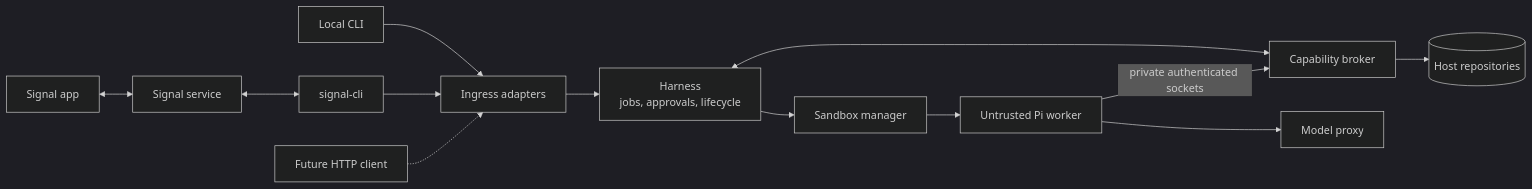
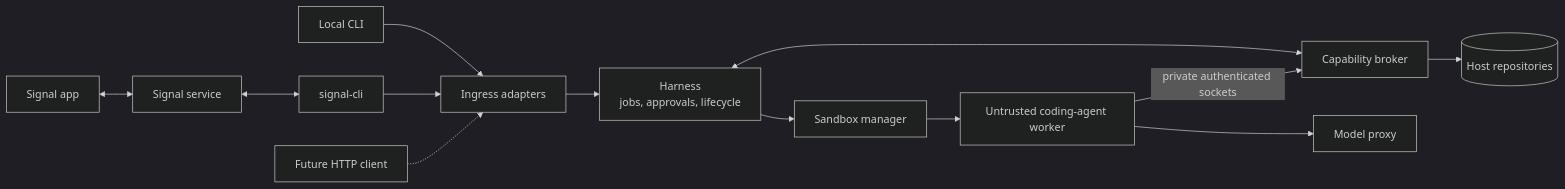
The diagram in README.md (josebarrueta/pocket-agent), drawn with Mermaid (dark theme) before and after one commit. The commit also changed other lines of this file and 30 other files, not shown here.

````diff
--- a/README.md
+++ b/README.md
@@ -15,13 +19,13 @@
 ```mermaid
 flowchart LR
     cli["Local CLI"] --> ingress["Ingress adapters"]
     phone["Signal app"] <--> signal["Signal service"] <--> signalcli["signal-cli"] --> ingress
     api["Future HTTP client"] -.-> ingress
     ingress --> harness["Harness<br/>jobs, approvals, lifecycle"]
     harness --> manager["Sandbox manager"]
     harness <--> gateway["Capability broker"]
-    manager --> worker["Untrusted Pi worker"]
+    manager --> worker["Untrusted coding-agent worker"]
     worker -->|"private authenticated sockets"| gateway
     worker --> model["Model proxy"]
     gateway --> repos[("Host repositories")]
 ```
````
